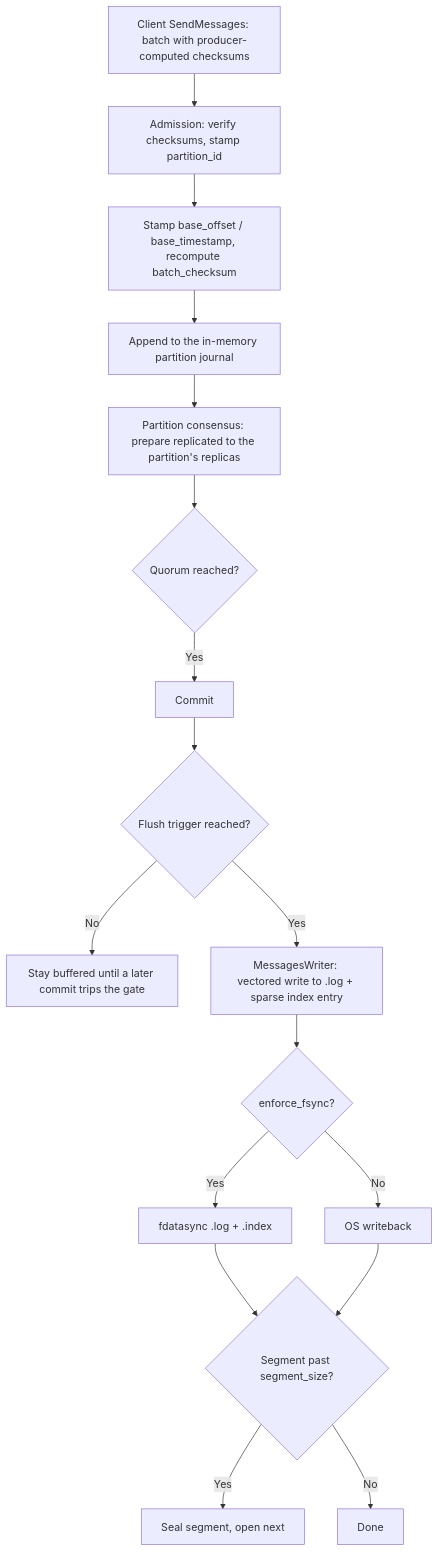
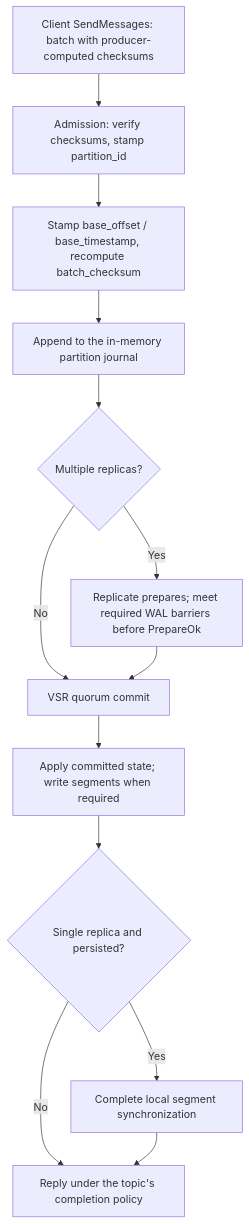
Before and after one commit to apache/iggy-website: the diagram in content/docs/server/storage-engine.mdx, drawn with Mermaid. The commit also changed other lines of this file and 16 other files, not shown here.

````diff
--- a/content/docs/server/storage-engine.mdx
+++ b/content/docs/server/storage-engine.mdx
@@ -85,19 +86,15 @@
 ```mermaid
 graph TD
   A["Client SendMessages: batch with producer-computed checksums"] --> B["Admission: verify checksums, stamp partition_id"]
   B --> C["Stamp base_offset / base_timestamp, recompute batch_checksum"]
   C --> D["Append to the in-memory partition journal"]
-  D --> E["Partition consensus: prepare replicated to the partition's replicas"]
-  E --> F{"Quorum reached?"}
-  F -->|"Yes"| G["Commit"]
-  G --> H{"Flush trigger reached?"}
-  H -->|"No"| W["Stay buffered until a later commit trips the gate"]
-  H -->|"Yes"| I["MessagesWriter: vectored write to .log + sparse index entry"]
-  I --> J{"enforce_fsync?"}
-  J -->|"Yes"| K["fdatasync .log + .index"]
-  J -->|"No"| L["OS writeback"]
-  K --> M{"Segment past segment_size?"}
-  L --> M
-  M -->|"Yes"| N["Seal segment, open next"]
-  M -->|"No"| O["Done"]
+  D --> E{"Multiple replicas?"}
+  E -->|"Yes"| R["Replicate prepares; meet required WAL barriers before PrepareOk"]
+  E -->|"No"| F["VSR quorum commit"]
+  R --> F
+  F --> G["Apply committed state; write segments when required"]
+  G --> H{"Single replica and persisted?"}
+  H -->|"Yes"| J["Complete local segment synchronization"]
+  H -->|"No"| I["Reply under the topic's completion policy"]
+  J --> I
 ```
````
